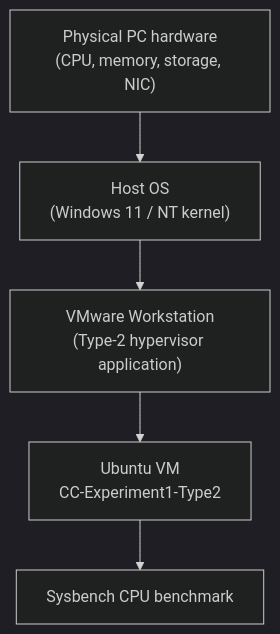
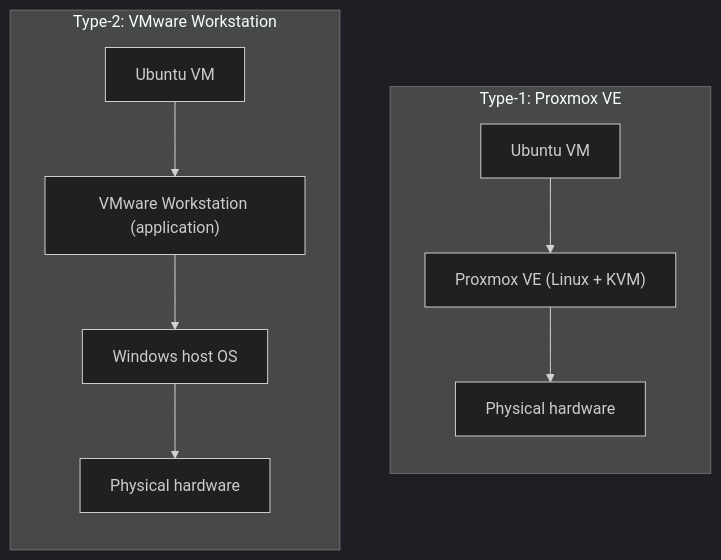
Before and after one commit to Achyuthrh/Cloud-Computing: the diagram in README.md, drawn with Mermaid (dark theme). The commit also changed other lines of this file, not shown here.

````diff
--- a/README.md
+++ b/README.md
@@ -80,7 +41,11 @@
 ```mermaid
-graph TD
-    A["Physical PC hardware<br/>(CPU, memory, storage, NIC)"] --> B["Host OS<br/>(Windows 11 / NT kernel)"]
-    B --> C["VMware Workstation<br/>(Type-2 hypervisor application)"]
-    C --> D["Ubuntu VM<br/>CC-Experiment1-Type2"]
-    D --> E["Sysbench CPU benchmark"]
+graph TB
+    subgraph T1["Type-1: Proxmox VE"]
+        direction TB
+        G1["Ubuntu VM"] --> H1["Proxmox VE (Linux + KVM)"] --> HW1["Physical hardware"]
+    end
+    subgraph T2["Type-2: VMware Workstation"]
+        direction TB
+        G2["Ubuntu VM"] --> H2["VMware Workstation (application)"] --> OS2["Windows host OS"] --> HW2["Physical hardware"]
+    end
 ```
````
